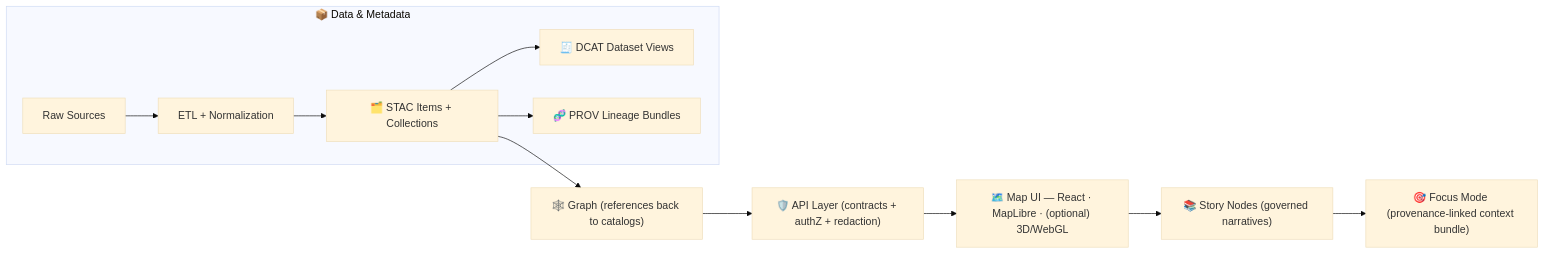
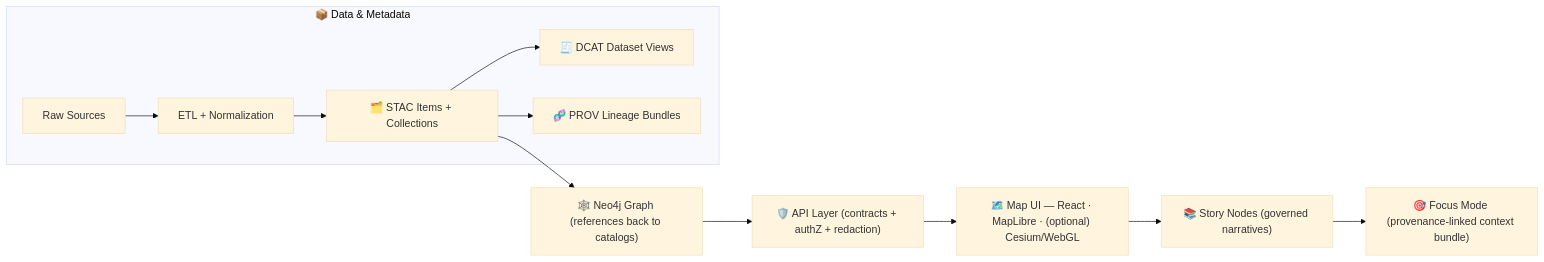
Before and after one commit to bartytime4life/Kansas-Frontier-Matrix: the diagram in data/README.md, drawn with Mermaid (base theme). The commit also changed other lines of this file, not shown here.

````diff
--- a/data/README.md
+++ b/data/README.md
@@ -97,15 +102,15 @@
 ```mermaid
 flowchart LR
   subgraph Data["📦 Data & Metadata"]
     A["Raw Sources"] --> B["ETL + Normalization"]
     B --> C["🗂️ STAC Items + Collections"]
     C --> D["🧾 DCAT Dataset Views"]
     C --> E["🧬 PROV Lineage Bundles"]
   end
 
-  C --> G["🕸️ Graph (references back to catalogs)"]
+  C --> G["🕸️ Neo4j Graph (references back to catalogs)"]
   G --> H["🛡️ API Layer (contracts + authZ + redaction)"]
-  H --> I["🗺️ Map UI — React · MapLibre · (optional) 3D/WebGL"]
+  H --> I["🗺️ Map UI — React · MapLibre · (optional) Cesium/WebGL"]
   I --> J["📚 Story Nodes (governed narratives)"]
   J --> K["🎯 Focus Mode (provenance-linked context bundle)"]
 ```
````
